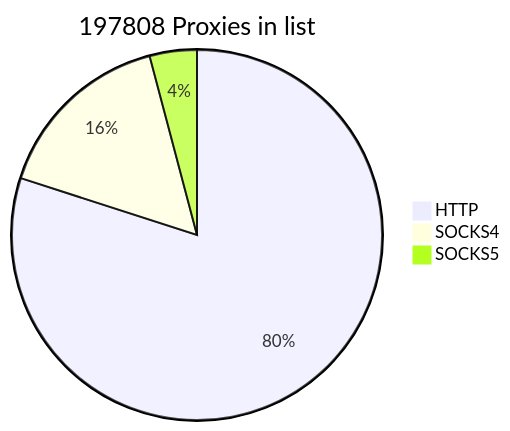
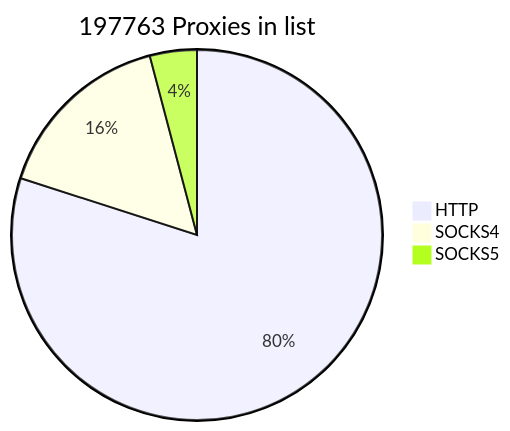
Before and after one commit to cutipu/proxylist: the first of 2 diagrams in README.md, drawn with Mermaid. The commit also changed other lines of this file, not shown here.

````diff
--- a/README.md
+++ b/README.md
@@ -2,7 +2,7 @@
 ```mermaid
-pie title 197808 Proxies in list
-    "HTTP" : 158191
-    "SOCKS4" : 31471
-    "SOCKS5" : 8146
+pie title 197763 Proxies in list
+    "HTTP" : 158137
+    "SOCKS4" : 31508
+    "SOCKS5" : 8118
             
 ```
````
